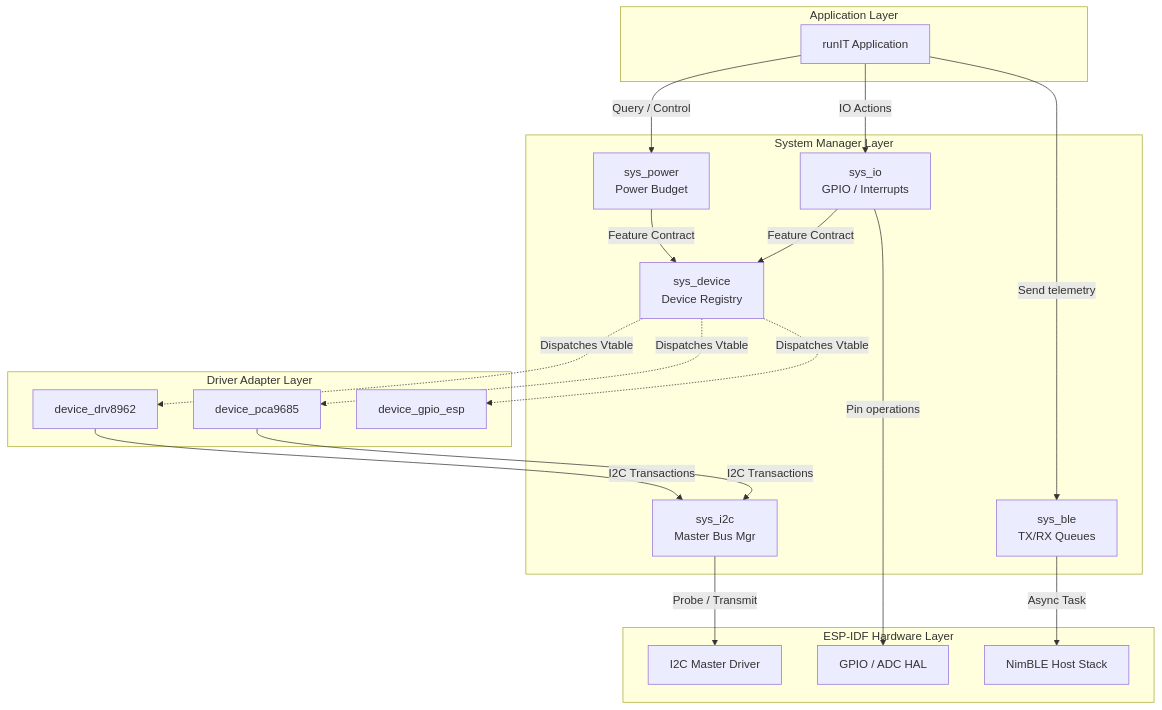
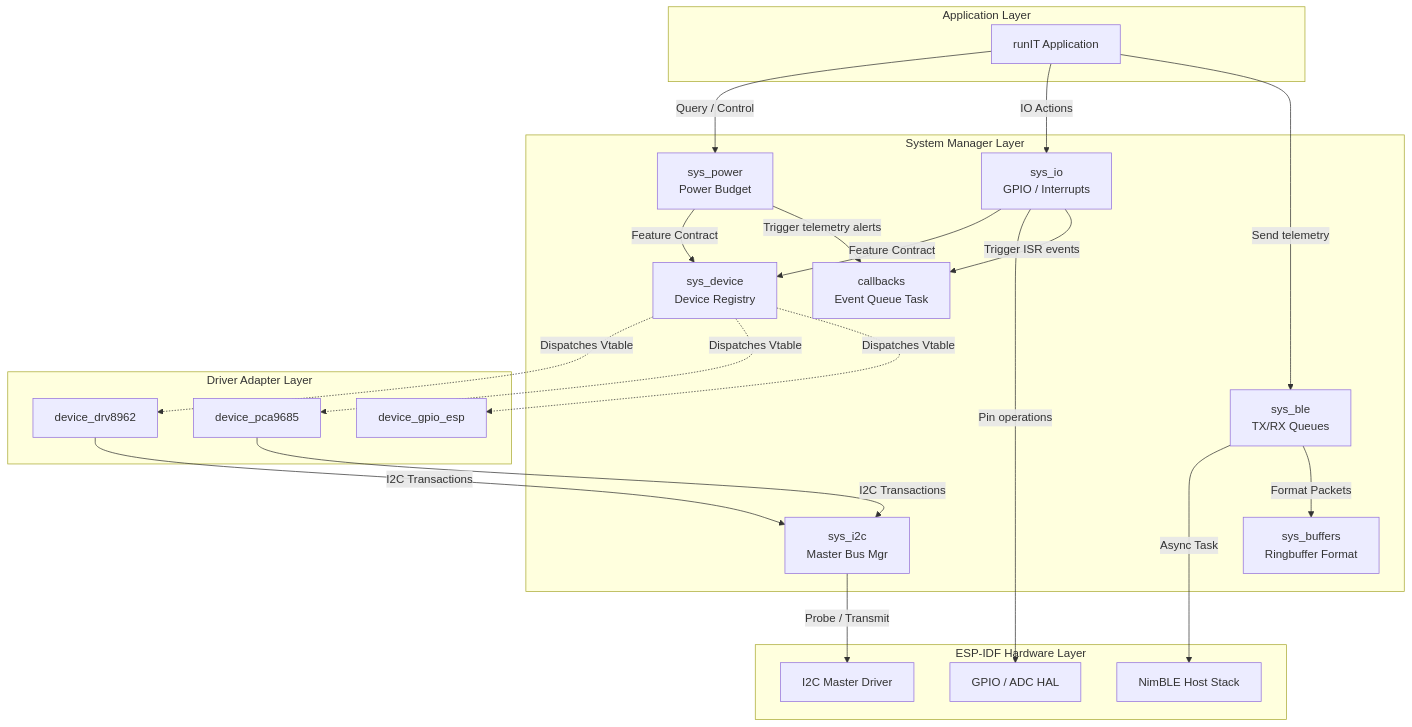
One commit to prukasz/runIT changed the diagram in _SOFTWARE/components/system/SYSTEM.MD. Above: the diagram before and after it, drawn with Mermaid. The commit also changed other lines of this file and 30 other files, not shown here.

````diff
--- a/_SOFTWARE/components/system/SYSTEM.MD
+++ b/_SOFTWARE/components/system/SYSTEM.MD
@@ -32,46 +36,51 @@
 ```mermaid
 graph TD
     %% Layers
     subgraph APP [Application Layer]
         runit[runIT Application]
     end
 
     subgraph SYS [System Manager Layer]
         sys_dev[sys_device<br/>Device Registry]
         sys_pwr[sys_power<br/>Power Budget]
         sys_io[sys_io<br/>GPIO / Interrupts]
         sys_ble[sys_ble<br/>TX/RX Queues]
         sys_i2c[sys_i2c<br/>Master Bus Mgr]
+        sys_cb[callbacks<br/>Event Queue Task]
+        sys_buf[sys_buffers<br/>Ringbuffer Format]
     end
 
     subgraph DRV [Driver Adapter Layer]
         adapter_drv8962[device_drv8962]
         adapter_pca9685[device_pca9685]
         adapter_gpio[device_gpio_esp]
     end
 
     subgraph HAL [ESP-IDF Hardware Layer]
         idf_gpio[GPIO / ADC HAL]
         idf_i2c[I2C Master Driver]
         idf_ble[NimBLE Host Stack]
     end
 
     %% Flow connections
     runit -->|Query / Control| sys_pwr
     runit -->|IO Actions| sys_io
     runit -->|Send telemetry| sys_ble
 
     sys_pwr -->|Feature Contract| sys_dev
     sys_io -->|Feature Contract| sys_dev
 
     sys_dev -.->|Dispatches Vtable| adapter_drv8962
     sys_dev -.->|Dispatches Vtable| adapter_pca9685
     sys_dev -.->|Dispatches Vtable| adapter_gpio
 
     adapter_drv8962 -->|I2C Transactions| sys_i2c
     adapter_pca9685 -->|I2C Transactions| sys_i2c
 
     sys_i2c -->|Probe / Transmit| idf_i2c
     sys_io -->|Pin operations| idf_gpio
+    sys_io -->|Trigger ISR events| sys_cb
+    sys_pwr -->|Trigger telemetry alerts| sys_cb
     sys_ble -->|Async Task| idf_ble
+    sys_ble -->|Format Packets| sys_buf
 ```
````
